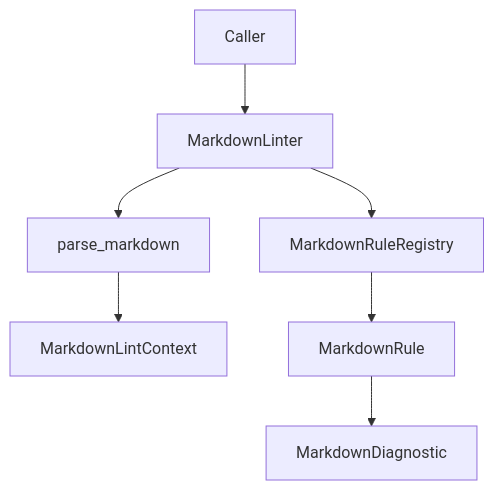
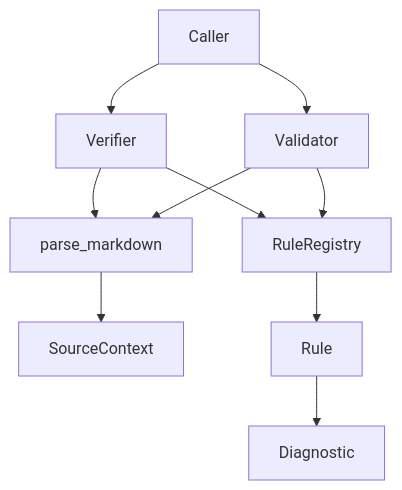
The fourth of 6 diagrams in docs/SDD.md (antoinebarre/mkforge), drawn with Mermaid before and after one commit. The commit also changed other lines of this file and 130 other files, not shown here.

````diff
--- a/docs/SDD.md
+++ b/docs/SDD.md
@@ -435,9 +433,12 @@
 ```mermaid
 flowchart TD
-    user[Caller] --> linter[MarkdownLinter]
-    linter --> parser[parse_markdown]
-    parser --> context[MarkdownLintContext]
-    linter --> registry[MarkdownRuleRegistry]
-    registry --> rules[MarkdownRule]
-    rules --> diagnostics[MarkdownDiagnostic]
+    user[Caller] --> verifier[Verifier]
+    user --> validator[Validator]
+    verifier --> parser[parse_markdown]
+    validator --> parser
+    parser --> context[SourceContext]
+    verifier --> registry[RuleRegistry]
+    validator --> registry
+    registry --> rules[Rule]
+    rules --> diagnostics[Diagnostic]
 ```
````
